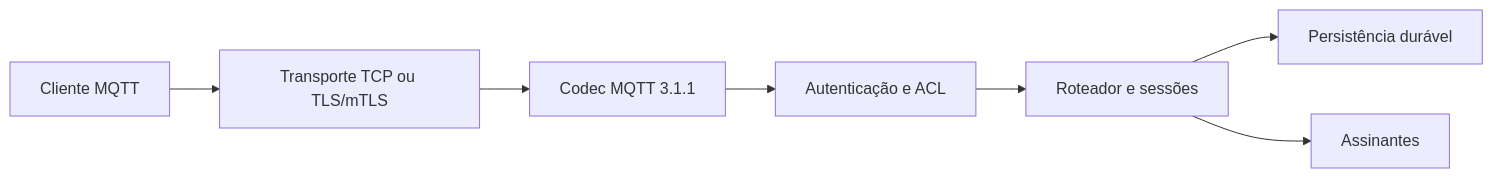
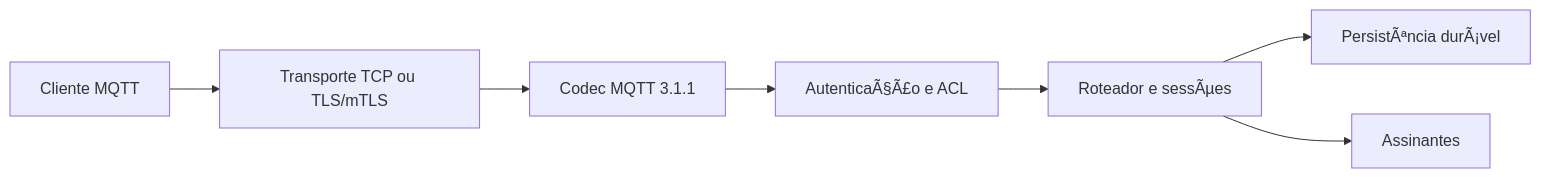
Before and after one commit to licodevone/xmqr: the diagram in README.md, drawn with Mermaid. The commit also changed other lines of this file and 20 other files, not shown here.

````diff
--- a/README.md
+++ b/README.md
@@ -45,9 +45,9 @@
 ```mermaid
 flowchart LR
     C[Cliente MQTT] --> T[Transporte TCP ou TLS/mTLS]
     T --> K[Codec MQTT 3.1.1]
-    K --> A[Autenticação e ACL]
-    A --> R[Roteador e sessões]
-    R --> P[Persistência durável]
+    K --> A[AutenticaÃ§Ã£o e ACL]
+    A --> R[Roteador e sessÃµes]
+    R --> P[PersistÃªncia durÃ¡vel]
     R --> S[Assinantes]
 ```
````
